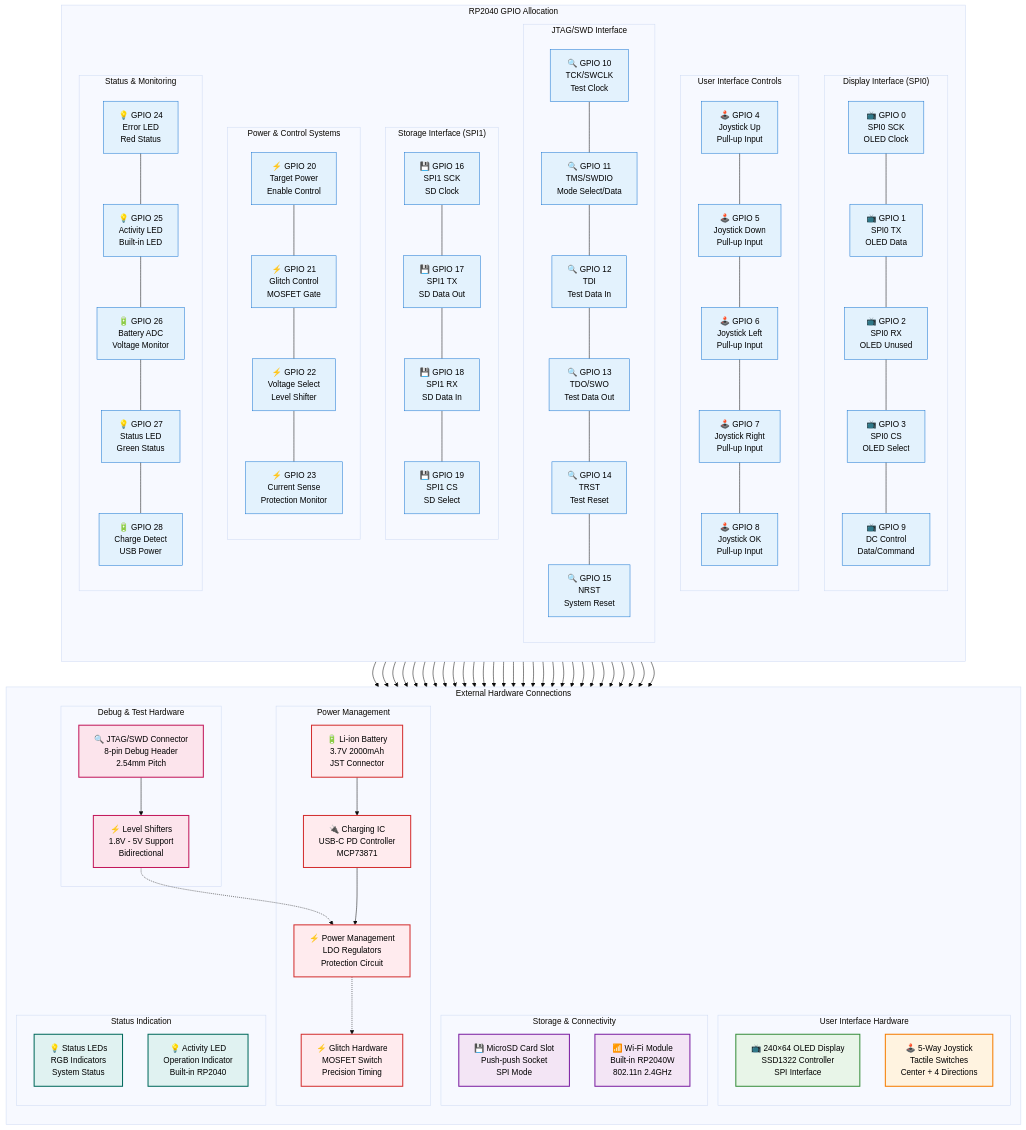
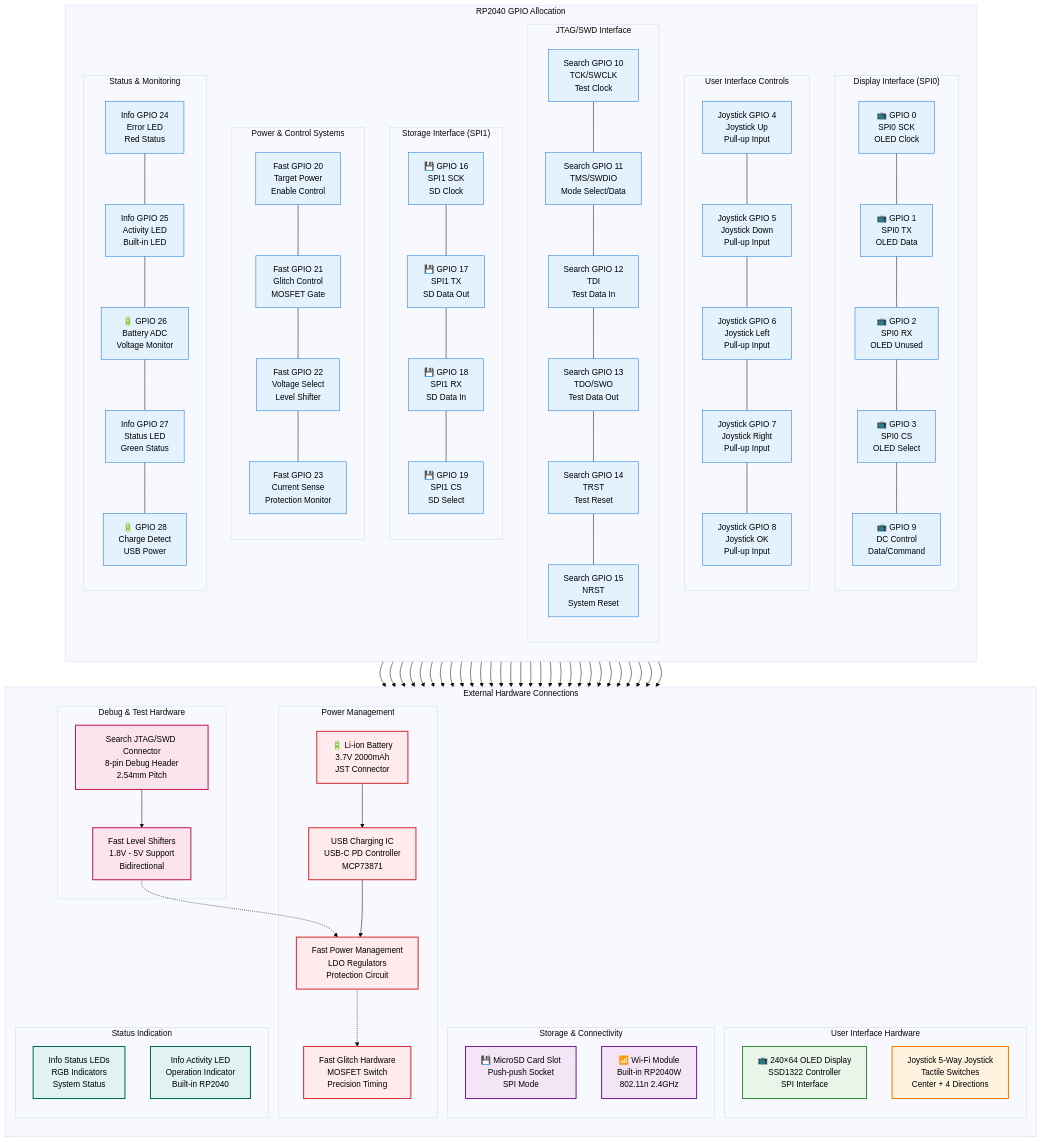
Before and after one commit to seedon198/KISS: the ninth of 10 diagrams in README.md, drawn with Mermaid (base theme). The commit also changed other lines of this file, not shown here.

```diff
--- a/README.md
+++ b/README.md
@@ -836,11 +836,11 @@
         
         subgraph "User Interface Controls"
             direction TB
-            G4[🕹️ GPIO 4<br/>Joystick Up<br/>Pull-up Input]
-            G5[🕹️ GPIO 5<br/>Joystick Down<br/>Pull-up Input]
-            G6[🕹️ GPIO 6<br/>Joystick Left<br/>Pull-up Input]
-            G7[🕹️ GPIO 7<br/>Joystick Right<br/>Pull-up Input]
-            G8[🕹️ GPIO 8<br/>Joystick OK<br/>Pull-up Input]
+            G4[Joystick GPIO 4<br/>Joystick Up<br/>Pull-up Input]
+            G5[Joystick GPIO 5<br/>Joystick Down<br/>Pull-up Input]
+            G6[Joystick GPIO 6<br/>Joystick Left<br/>Pull-up Input]
+            G7[Joystick GPIO 7<br/>Joystick Right<br/>Pull-up Input]
+            G8[Joystick GPIO 8<br/>Joystick OK<br/>Pull-up Input]
             
             G4 --- G5
             G5 --- G6
@@ -850,12 +850,12 @@
         
         subgraph "JTAG/SWD Interface"
             direction TB
-            G10[🔍 GPIO 10<br/>TCK/SWCLK<br/>Test Clock]
-            G11[🔍 GPIO 11<br/>TMS/SWDIO<br/>Mode Select/Data]
-            G12[🔍 GPIO 12<br/>TDI<br/>Test Data In]
-            G13[🔍 GPIO 13<br/>TDO/SWO<br/>Test Data Out]
-            G14[🔍 GPIO 14<br/>TRST<br/>Test Reset]
-            G15[🔍 GPIO 15<br/>NRST<br/>System Reset]
+            G10[Search GPIO 10<br/>TCK/SWCLK<br/>Test Clock]
+            G11[Search GPIO 11<br/>TMS/SWDIO<br/>Mode Select/Data]
+            G12[Search GPIO 12<br/>TDI<br/>Test Data In]
+            G13[Search GPIO 13<br/>TDO/SWO<br/>Test Data Out]
+            G14[Search GPIO 14<br/>TRST<br/>Test Reset]
+            G15[Search GPIO 15<br/>NRST<br/>System Reset]
             
             G10 --- G11
             G11 --- G12
@@ -878,10 +878,10 @@
         
         subgraph "Power & Control Systems"
             direction TB
-            G20[⚡ GPIO 20<br/>Target Power<br/>Enable Control]
-            G21[⚡ GPIO 21<br/>Glitch Control<br/>MOSFET Gate]
-            G22[⚡ GPIO 22<br/>Voltage Select<br/>Level Shifter]
-            G23[⚡ GPIO 23<br/>Current Sense<br/>Protection Monitor]
+            G20[Fast GPIO 20<br/>Target Power<br/>Enable Control]
+            G21[Fast GPIO 21<br/>Glitch Control<br/>MOSFET Gate]
+            G22[Fast GPIO 22<br/>Voltage Select<br/>Level Shifter]
+            G23[Fast GPIO 23<br/>Current Sense<br/>Protection Monitor]
             
             G20 --- G21
             G21 --- G22
@@ -890,10 +890,10 @@
         
         subgraph "Status & Monitoring"
             direction TB
-            G24[💡 GPIO 24<br/>Error LED<br/>Red Status]
-            G25[💡 GPIO 25<br/>Activity LED<br/>Built-in LED]
+            G24[Info GPIO 24<br/>Error LED<br/>Red Status]
+            G25[Info GPIO 25<br/>Activity LED<br/>Built-in LED]
             G26[🔋 GPIO 26<br/>Battery ADC<br/>Voltage Monitor]
-            G27[💡 GPIO 27<br/>Status LED<br/>Green Status]
+            G27[Info GPIO 27<br/>Status LED<br/>Green Status]
             G28[🔋 GPIO 28<br/>Charge Detect<br/>USB Power]
             
             G24 --- G25
@@ -908,12 +908,12 @@
         
         subgraph "User Interface Hardware"
             OLED[📺 240×64 OLED Display<br/>SSD1322 Controller<br/>SPI Interface]
-            JOYSTICK[🕹️ 5-Way Joystick<br/>Tactile Switches<br/>Center + 4 Directions]
+            JOYSTICK[Joystick 5-Way Joystick<br/>Tactile Switches<br/>Center + 4 Directions]
         end
         
         subgraph "Debug & Test Hardware"
-            JTAG_CONN[🔍 JTAG/SWD Connector<br/>8-pin Debug Header<br/>2.54mm Pitch]
-            LEVEL_SHIFT[⚡ Level Shifters<br/>1.8V - 5V Support<br/>Bidirectional]
+            JTAG_CONN[Search JTAG/SWD Connector<br/>8-pin Debug Header<br/>2.54mm Pitch]
+            LEVEL_SHIFT[Fast Level Shifters<br/>1.8V - 5V Support<br/>Bidirectional]
         end
         
         subgraph "Storage & Connectivity"
@@ -923,14 +923,14 @@
         
         subgraph "Power Management"
             BATTERY[🔋 Li-ion Battery<br/>3.7V 2000mAh<br/>JST Connector]
-            CHARGE_IC[🔌 Charging IC<br/>USB-C PD Controller<br/>MCP73871]
-            POWER_MGMT[⚡ Power Management<br/>LDO Regulators<br/>Protection Circuit]
-            GLITCH_HW[⚡ Glitch Hardware<br/>MOSFET Switch<br/>Precision Timing]
+            CHARGE_IC[USB Charging IC<br/>USB-C PD Controller<br/>MCP73871]
+            POWER_MGMT[Fast Power Management<br/>LDO Regulators<br/>Protection Circuit]
+            GLITCH_HW[Fast Glitch Hardware<br/>MOSFET Switch<br/>Precision Timing]
         end
         
         subgraph "Status Indication"
-            LED_STATUS[💡 Status LEDs<br/>RGB Indicators<br/>System Status]
-            LED_ACTIVITY[💡 Activity LED<br/>Operation Indicator<br/>Built-in RP2040]
+            LED_STATUS[Info Status LEDs<br/>RGB Indicators<br/>System Status]
+            LED_ACTIVITY[Info Activity LED<br/>Operation Indicator<br/>Built-in RP2040]
         end
     end
     
```
